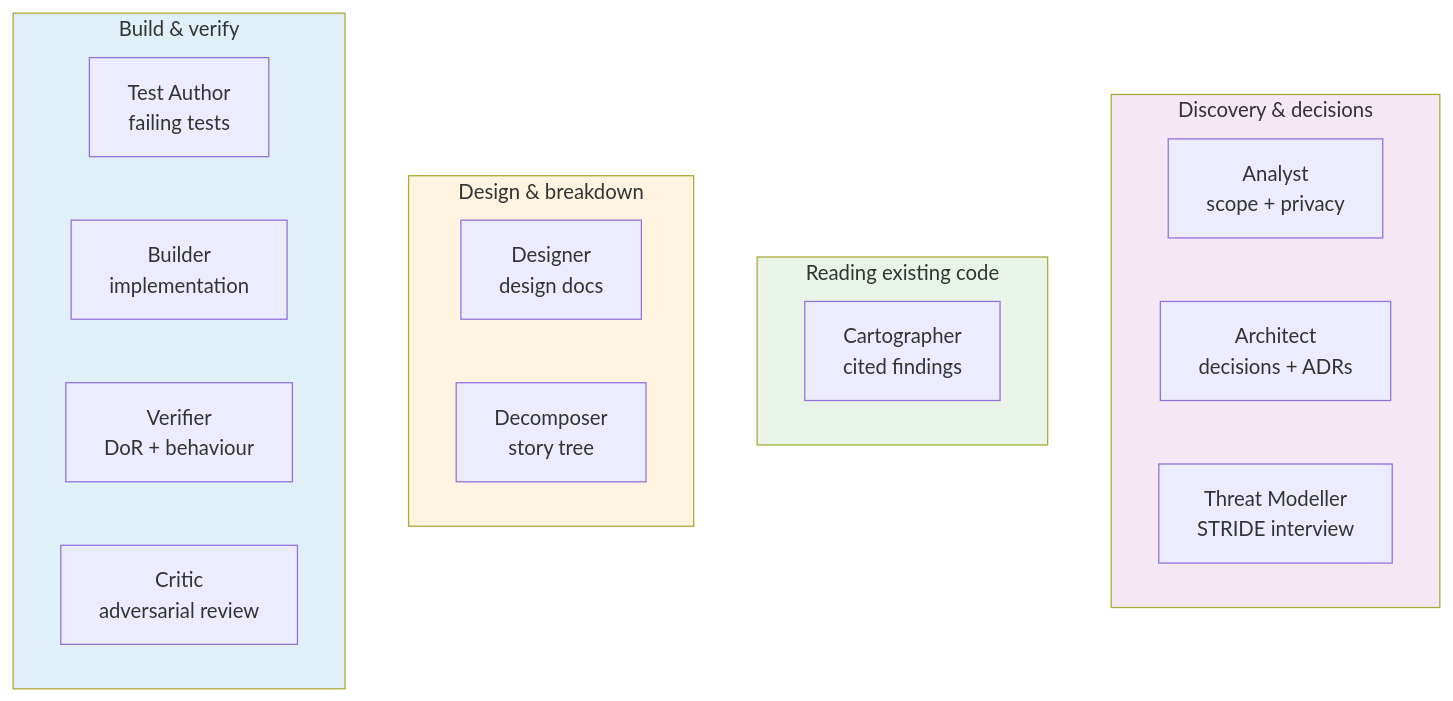
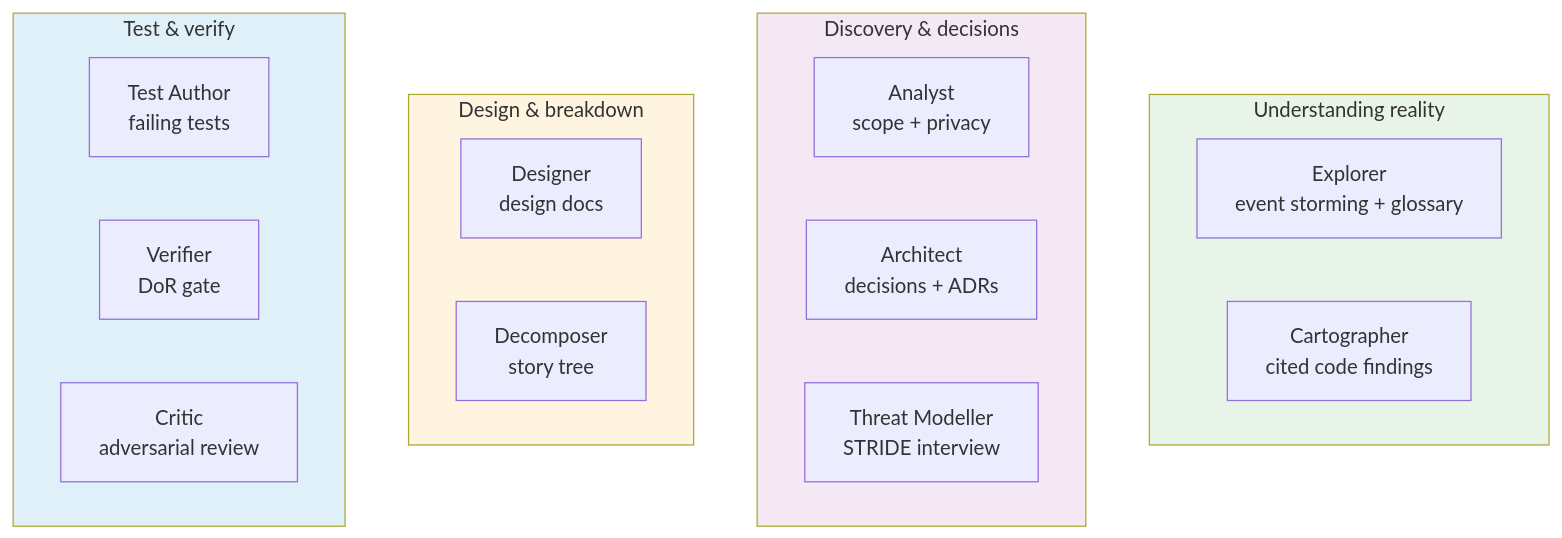
One commit to nlawstudio/ai-refinement-method changed the fourth of 17 diagrams in METHOD.md. Above: the diagram before and after it, drawn with Mermaid. The commit also changed other lines of this file and 28 other files, not shown here.

````diff
--- a/METHOD.md
+++ b/METHOD.md
@@ -520,29 +529,29 @@
 ```mermaid
 flowchart TB
+    subgraph Understand["Understanding reality"]
+        Explorer[Explorer<br/>event storming + glossary]
+        Cart[Cartographer<br/>cited code findings]
+    end
+
     subgraph Discovery["Discovery & decisions"]
         Analyst[Analyst<br/>scope + privacy]
         Architect[Architect<br/>decisions + ADRs]
         Threat[Threat Modeller<br/>STRIDE interview]
-    end
-
-    subgraph Reading["Reading existing code"]
-        Cart[Cartographer<br/>cited findings]
     end
 
     subgraph Design["Design & breakdown"]
         Des[Designer<br/>design docs]
         Dec[Decomposer<br/>story tree]
     end
 
-    subgraph Build["Build & verify"]
+    subgraph Spec["Test & verify"]
         TA[Test Author<br/>failing tests]
-        B[Builder<br/>implementation]
-        V[Verifier<br/>DoR + behaviour]
+        V[Verifier<br/>DoR gate]
         Critic[Critic<br/>adversarial review]
     end
 
+    style Understand fill:#e8f4e8
     style Discovery fill:#f4e8f4
-    style Reading fill:#e8f4e8
     style Design fill:#fff4e0
-    style Build fill:#e0f0f8
+    style Spec fill:#e0f0f8
 ```
````
